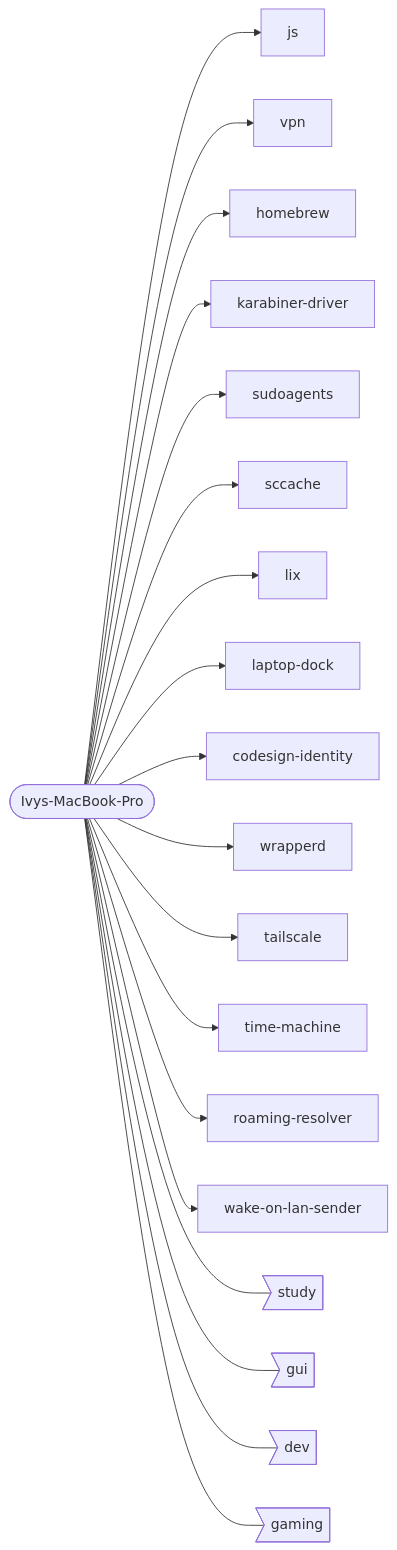
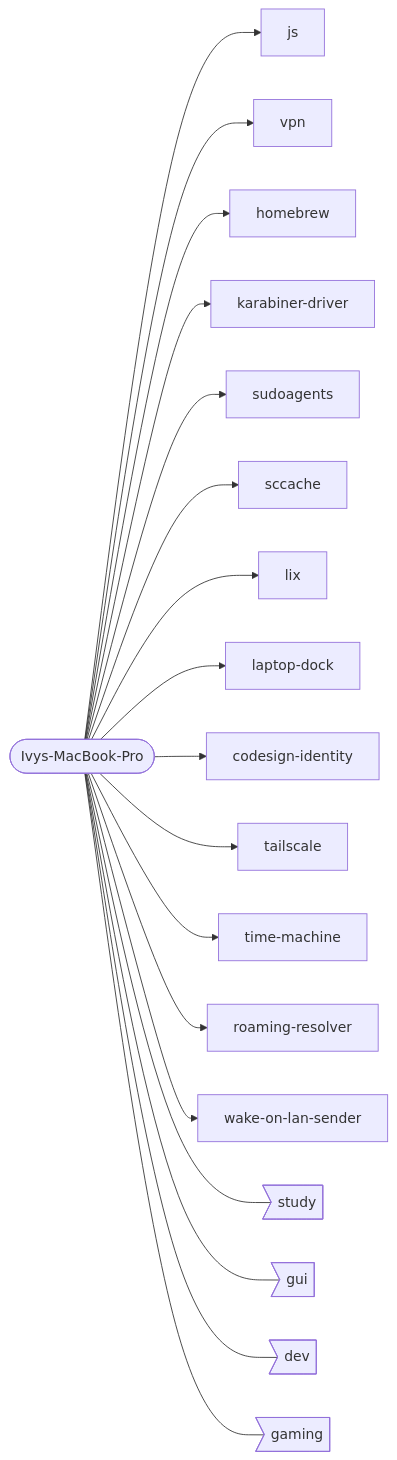
Before and after one commit to auscyber/dotfiles: the second of 13 diagrams in README.md, drawn with Mermaid. The commit also changed other lines of this file, not shown here.

````diff
--- a/README.md
+++ b/README.md
@@ -231,22 +231,21 @@
 ```mermaid
 graph LR
   root([Ivys-MacBook-Pro])
   root --> n93f8bb0eb2["js"]
   root --> n3fe17355b4["vpn"]
   root --> n888b49455d["homebrew"]
   root --> n9157d01ca8["karabiner-driver"]
   root --> n913670faf1["sudoagents"]
   root --> nec96afcdf4["sccache"]
   root --> n17bca5cc46["lix"]
   root --> na4dcdabd33["laptop-dock"]
   root --> nb856ab6f82["codesign-identity"]
-  root --> n169ce1a1c4["wrapperd"]
   root --> n15f90b1816["tailscale"]
   root --> n600ee077cd["time-machine"]
   root --> n9da8774360["roaming-resolver"]
   root --> nb1395d6d2c["wake-on-lan-sender"]
   root --- n885534c19d>"study"]
   root --- nd6a7af1345>"gui"]
   root --- n34c6fceca7>"dev"]
   root --- n47618c808d>"gaming"]
 ```
````
